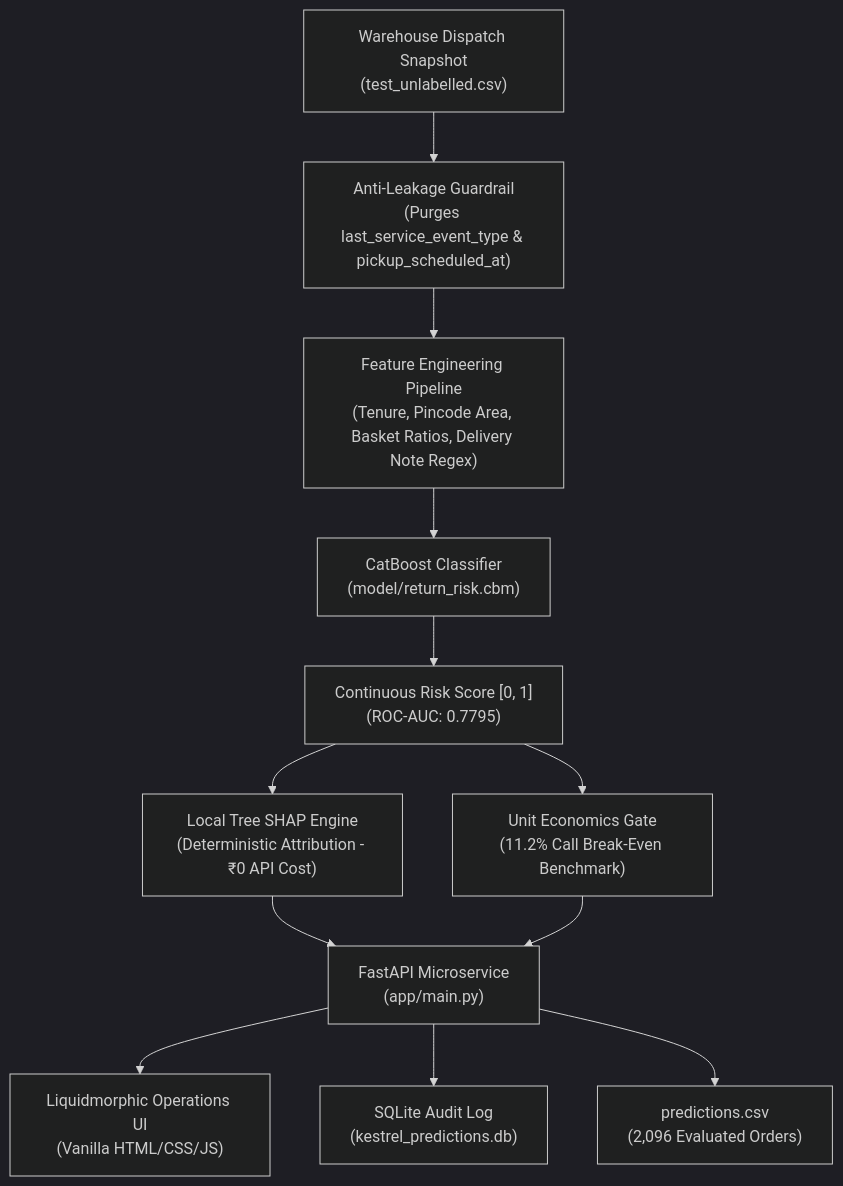
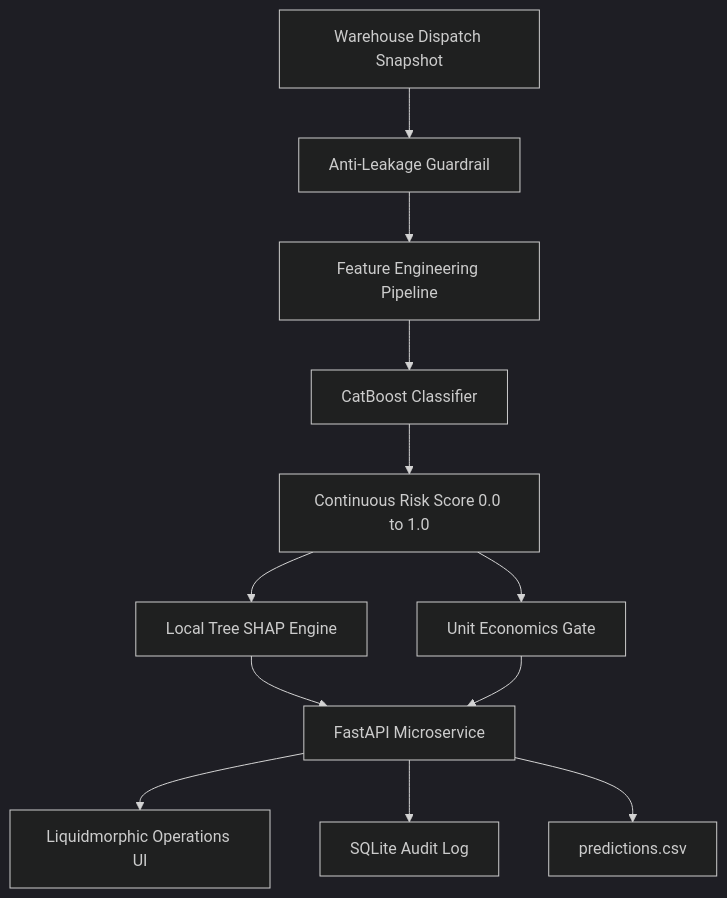
The diagram in README.md (sankalp250/Kestrel-Home-Returns-Risk-Variant-A-), drawn with Mermaid (dark theme) before and after one commit. The commit also changed other lines of this file, not shown here.

Commit message:
docs: fix Mermaid diagram syntax and add ASCII architecture diagram

````diff
--- a/README.md
+++ b/README.md
@@ -52,13 +98,14 @@
 ```mermaid
-flowchart TD
-    A["Warehouse Dispatch Snapshot<br>(test_unlabelled.csv)"] --> B["Anti-Leakage Guardrail<br>(Purges last_service_event_type & pickup_scheduled_at)"]
-    B --> C["Feature Engineering Pipeline<br>(Tenure, Pincode Area, Basket Ratios, Delivery Note Regex)"]
-    C --> D["CatBoost Classifier<br>(model/return_risk.cbm)"]
-    D --> E["Continuous Risk Score [0, 1]<br>(ROC-AUC: 0.7795)"]
-    E --> F["Local Tree SHAP Engine<br>(Deterministic Attribution - ₹0 API Cost)"]
-    E --> G["Unit Economics Gate<br>(11.2% Call Break-Even Benchmark)"]
-    F & G --> H["FastAPI Microservice<br>(app/main.py)"]
-    H --> I["Liquidmorphic Operations UI<br>(Vanilla HTML/CSS/JS)"]
-    H --> J["SQLite Audit Log<br>(kestrel_predictions.db)"]
-    H --> K["predictions.csv<br>(2,096 Evaluated Orders)"]
+graph TD
+    A[Warehouse Dispatch Snapshot] --> B[Anti-Leakage Guardrail]
+    B --> C[Feature Engineering Pipeline]
+    C --> D[CatBoost Classifier]
+    D --> E[Continuous Risk Score 0.0 to 1.0]
+    E --> F[Local Tree SHAP Engine]
+    E --> G[Unit Economics Gate]
+    F --> H[FastAPI Microservice]
+    G --> H[FastAPI Microservice]
+    H --> I[Liquidmorphic Operations UI]
+    H --> J[SQLite Audit Log]
+    H --> K[predictions.csv]
 ```
````
